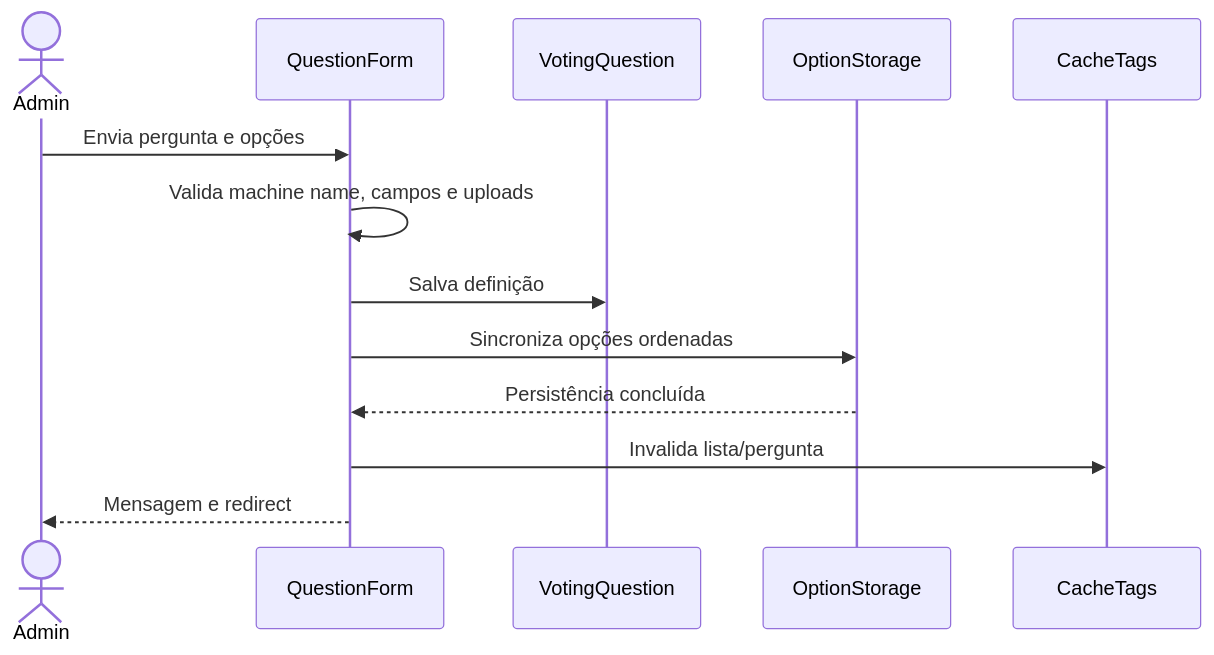
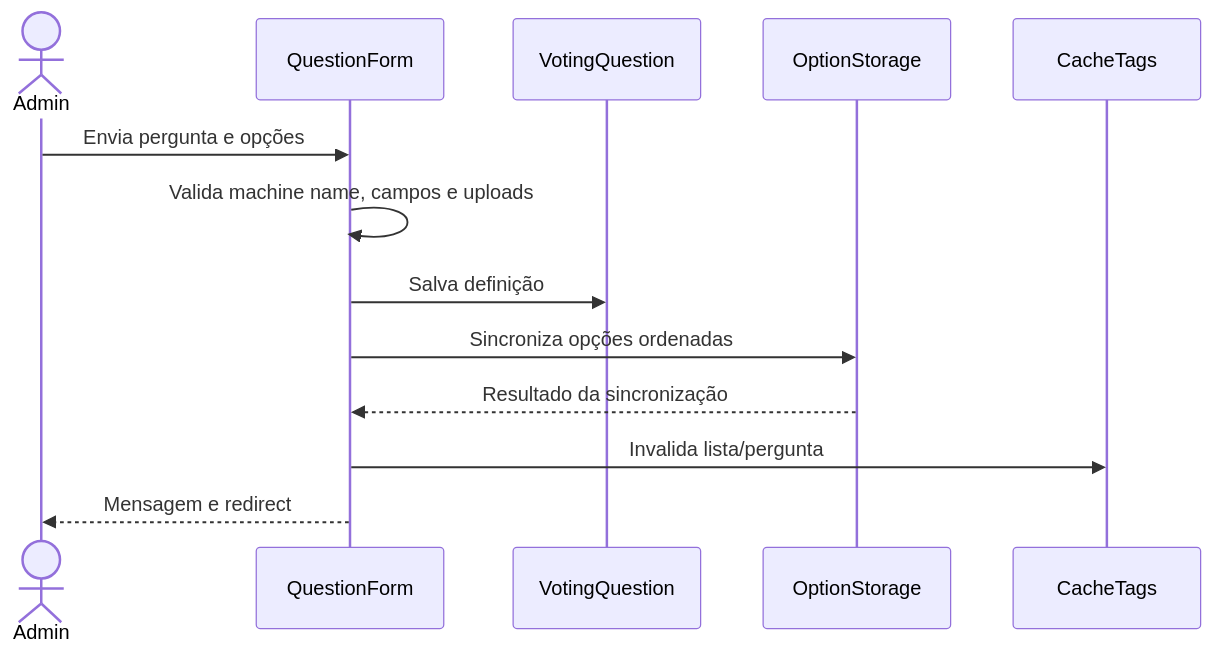
Before and after one commit to willyeverton/simple-voting: the first of 4 diagrams in docs/flows.md, drawn with Mermaid. The commit also changed other lines of this file and 15 other files, not shown here.

````diff
--- a/docs/flows.md
+++ b/docs/flows.md
@@ -5,16 +7,16 @@
 ```mermaid
 sequenceDiagram
   actor Admin
   participant Form as QuestionForm
   participant Entity as VotingQuestion
   participant Store as OptionStorage
   participant Cache as CacheTags
 
   Admin->>Form: Envia pergunta e opções
   Form->>Form: Valida machine name, campos e uploads
   Form->>Entity: Salva definição
   Form->>Store: Sincroniza opções ordenadas
-  Store-->>Form: Persistência concluída
+  Store-->>Form: Resultado da sincronização
   Form->>Cache: Invalida lista/pergunta
   Form-->>Admin: Mensagem e redirect
 ```
````
